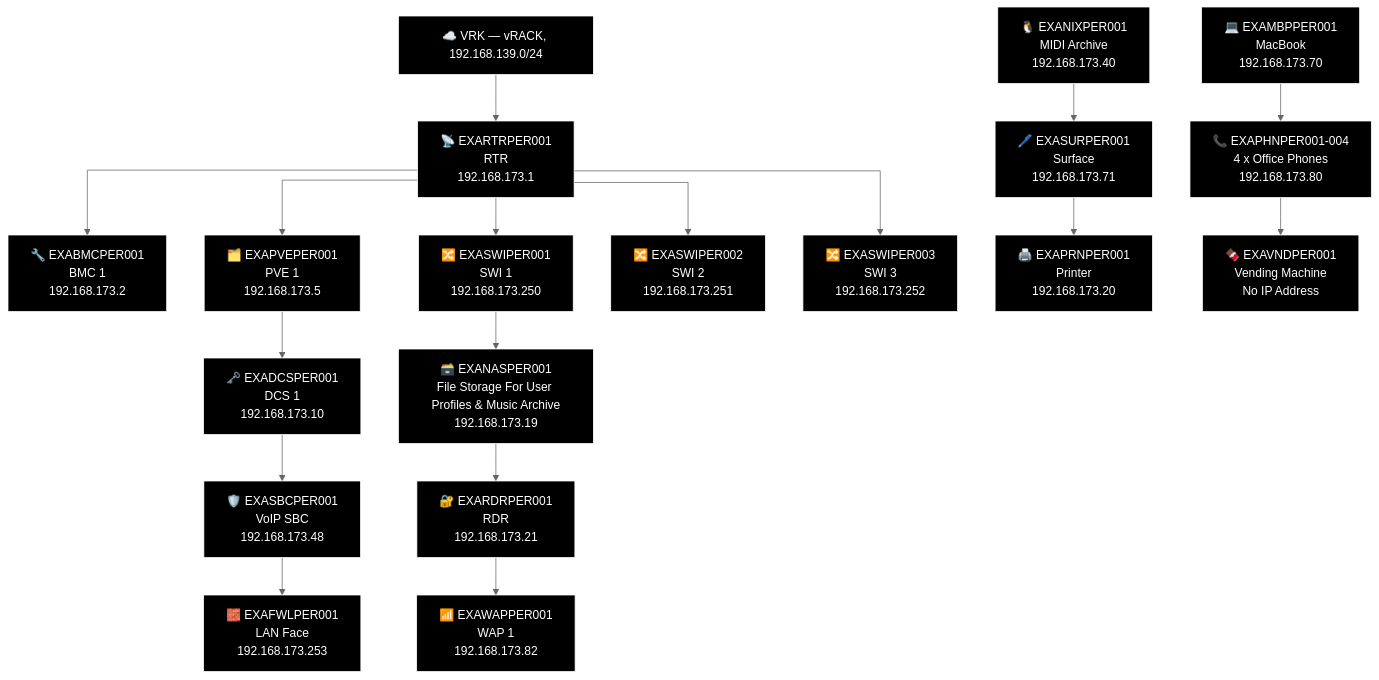
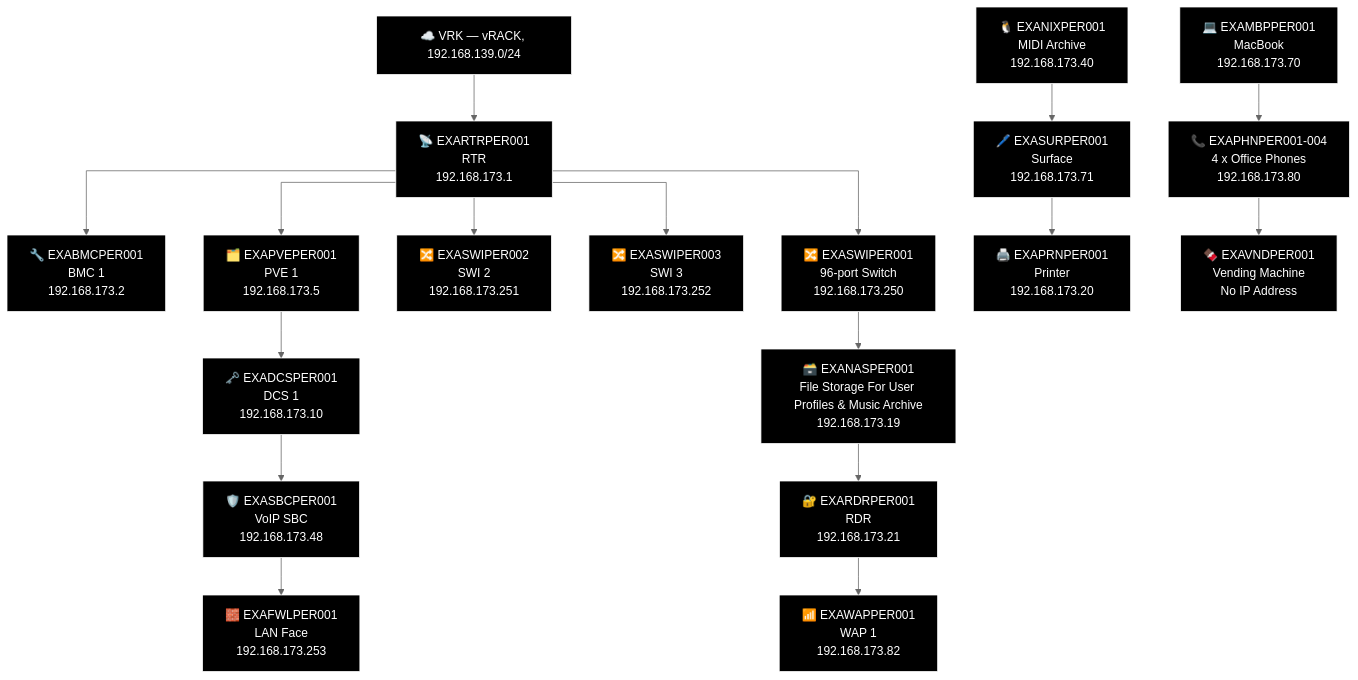
One commit to knightmare2600/example_music_infra changed diagram 18 of 21 in docs/network-diagram/scotland.md. Above: the diagram before and after it, drawn with Mermaid (neutral theme). The commit also changed other lines of this file and 20 other files, not shown here.

````diff
--- a/docs/network-diagram/scotland.md
+++ b/docs/network-diagram/scotland.md
@@ -1014,54 +1014,54 @@
 ```mermaid
 %% GENERATED:TOPOLOGY:PER:START
 %%{init: {'flowchart': {'curve': 'stepAfter'}}}%%
 graph TD
     T_VRK["☁️ VRK — vRACK, 192.168.139.0/24"]
     T_RTR["📡 EXARTRPER001<br/>RTR<br/>192.168.173.1"]
     T_VRK --> T_RTR
     T_BMC["🔧 EXABMCPER001<br/>BMC 1<br/>192.168.173.2"]
     T_RTR --> T_BMC
     T_PVE["🗂️ EXAPVEPER001<br/>PVE 1<br/>192.168.173.5"]
     T_RTR --> T_PVE
-    T_SWI["🔀 EXASWIPER001<br/>SWI 1<br/>192.168.173.250"]
+    T_SWI["🔀 EXASWIPER002<br/>SWI 2<br/>192.168.173.251"]
     T_RTR --> T_SWI
-    T_SWI2["🔀 EXASWIPER002<br/>SWI 2<br/>192.168.173.251"]
+    T_SWI2["🔀 EXASWIPER003<br/>SWI 3<br/>192.168.173.252"]
     T_RTR --> T_SWI2
-    T_SWI3["🔀 EXASWIPER003<br/>SWI 3<br/>192.168.173.252"]
+    T_SWI3["🔀 EXASWIPER001<br/>96-port Switch<br/>192.168.173.250"]
     T_RTR --> T_SWI3
     T_NAS["🗃️ EXANASPER001<br/>File Storage For User Profiles & Music Archive<br/>192.168.173.19"]
     T_RDR["🔐 EXARDRPER001<br/>RDR<br/>192.168.173.21"]
     T_WAP["📶 EXAWAPPER001<br/>WAP 1<br/>192.168.173.82"]
-    T_SWI --> T_NAS --> T_RDR --> T_WAP
+    T_SWI3 --> T_NAS --> T_RDR --> T_WAP
     T_DCS["🗝️ EXADCSPER001<br/>DCS 1<br/>192.168.173.10"]
     T_SBC["🛡️ EXASBCPER001<br/>VoIP SBC<br/>192.168.173.48"]
     T_FWL["🧱 EXAFWLPER001<br/>LAN Face<br/>192.168.173.253"]
     T_PVE --> T_DCS --> T_SBC --> T_FWL
     T_NIX["🐧 EXANIXPER001<br/>MIDI Archive<br/>192.168.173.40"]
     T_MBP["💻 EXAMBPPER001<br/>MacBook<br/>192.168.173.70"]
     T_SUR["🖊️ EXASURPER001<br/>Surface<br/>192.168.173.71"]
     T_OTH_PHN["📞 EXAPHNPER001-004<br/>4 x Office Phones<br/>192.168.173.80"]
     T_PRN["🖨️ EXAPRNPER001<br/>Printer<br/>192.168.173.20"]
     T_VND["🍫 EXAVNDPER001<br/>Vending Machine<br/>No IP Address"]
     T_NIX --> T_SUR --> T_PRN
     T_MBP --> T_OTH_PHN --> T_VND
     style T_VRK fill:#000000,stroke:#FFFFFF,color:#FFFFFF
     style T_RTR fill:#000000,stroke:#FFFFFF,color:#FFFFFF
     style T_BMC fill:#000000,stroke:#FFFFFF,color:#FFFFFF
     style T_PVE fill:#000000,stroke:#FFFFFF,color:#FFFFFF
     style T_SWI fill:#000000,stroke:#FFFFFF,color:#FFFFFF
     style T_SWI2 fill:#000000,stroke:#FFFFFF,color:#FFFFFF
     style T_SWI3 fill:#000000,stroke:#FFFFFF,color:#FFFFFF
     style T_NAS fill:#000000,stroke:#FFFFFF,color:#FFFFFF
     style T_RDR fill:#000000,stroke:#FFFFFF,color:#FFFFFF
     style T_WAP fill:#000000,stroke:#FFFFFF,color:#FFFFFF
     style T_DCS fill:#000000,stroke:#FFFFFF,color:#FFFFFF
     style T_SBC fill:#000000,stroke:#FFFFFF,color:#FFFFFF
     style T_FWL fill:#000000,stroke:#FFFFFF,color:#FFFFFF
     style T_NIX fill:#000000,stroke:#FFFFFF,color:#FFFFFF
     style T_MBP fill:#000000,stroke:#FFFFFF,color:#FFFFFF
     style T_SUR fill:#000000,stroke:#FFFFFF,color:#FFFFFF
     style T_OTH_PHN fill:#000000,stroke:#FFFFFF,color:#FFFFFF
     style T_PRN fill:#000000,stroke:#FFFFFF,color:#FFFFFF
     style T_VND fill:#000000,stroke:#FFFFFF,color:#FFFFFF
 %% GENERATED:TOPOLOGY:PER:END
 ```
````
